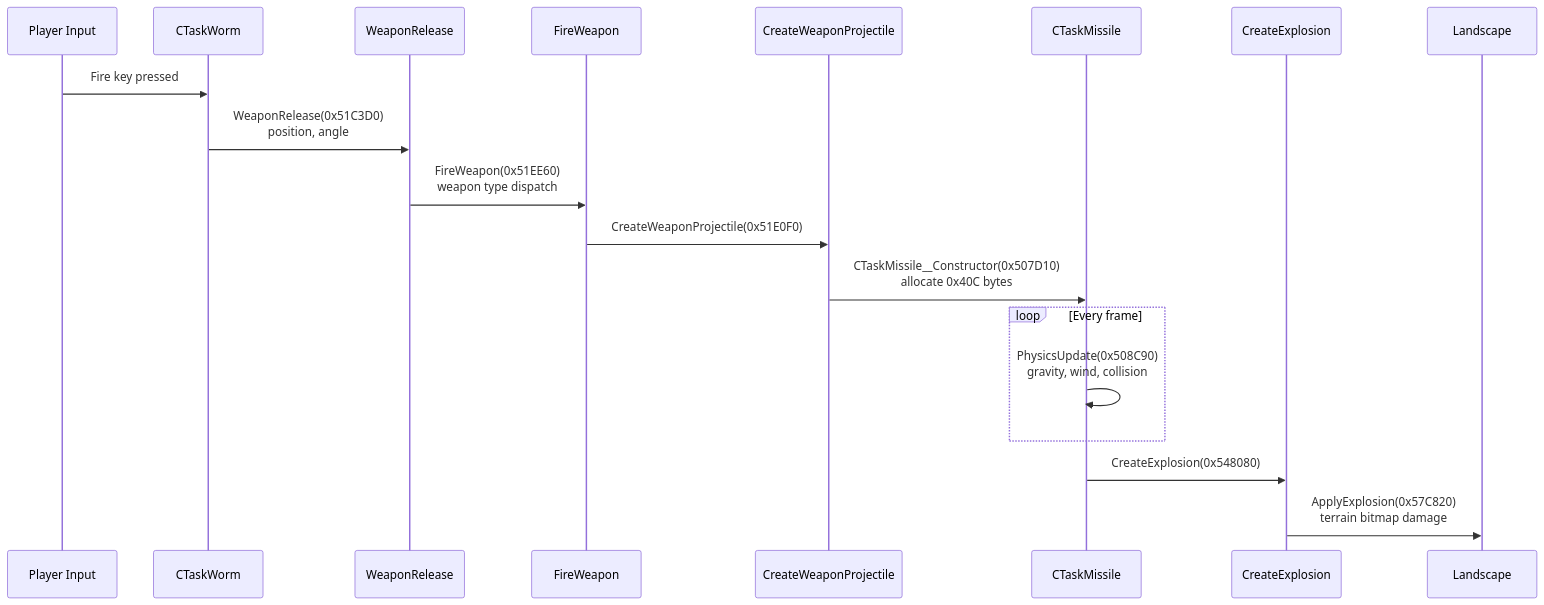
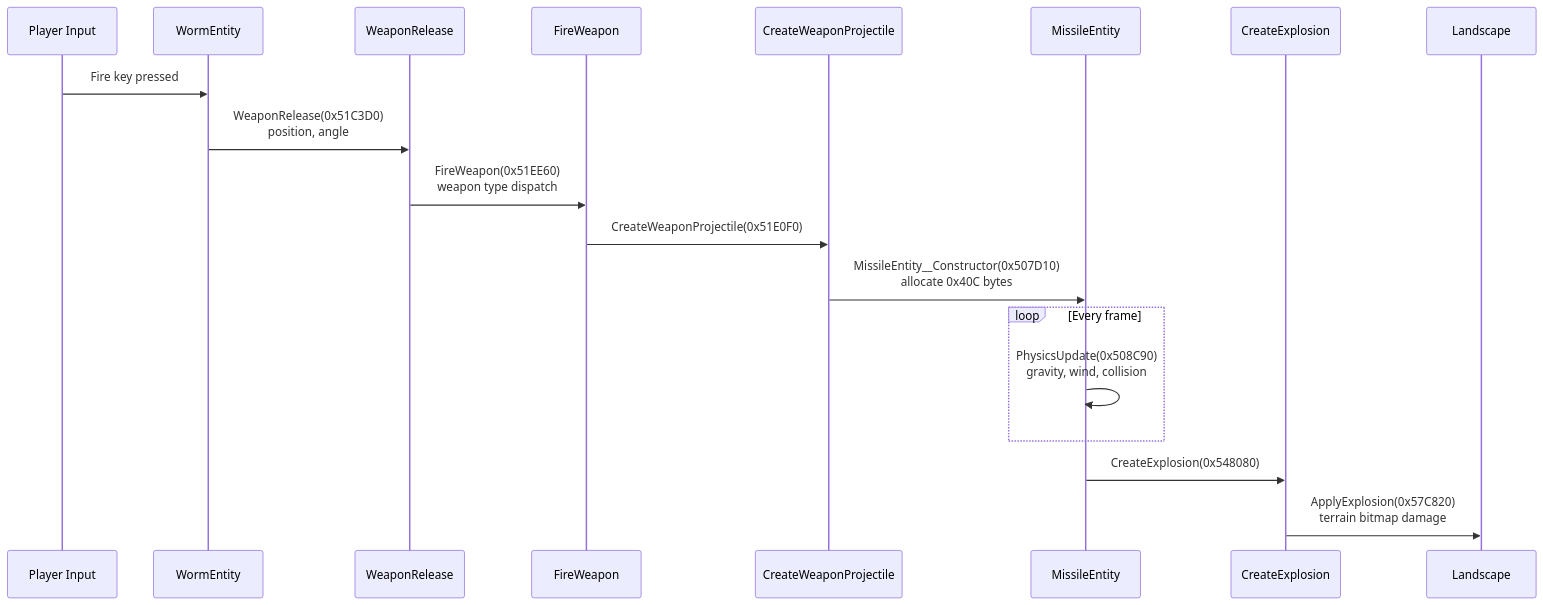
One commit to paavohuhtala/OpenWA changed the second of 2 diagrams in docs/re-notes/weapon-system.md. Above: the diagram before and after it, drawn with Mermaid. The commit also changed other lines of this file and 119 other files, not shown here.

````diff
--- a/docs/re-notes/weapon-system.md
+++ b/docs/re-notes/weapon-system.md
@@ -35,22 +35,22 @@
 ```mermaid
 sequenceDiagram
     participant P as Player Input
-    participant W as CTaskWorm
+    participant W as WormEntity
     participant FR as WeaponRelease
     participant FW as FireWeapon
     participant CW as CreateWeaponProjectile
-    participant M as CTaskMissile
+    participant M as MissileEntity
     participant E as CreateExplosion
     participant L as Landscape
 
     P->>W: Fire key pressed
     W->>FR: WeaponRelease(0x51C3D0)<br/>position, angle
     FR->>FW: FireWeapon(0x51EE60)<br/>weapon type dispatch
     FW->>CW: CreateWeaponProjectile(0x51E0F0)
-    CW->>M: CTaskMissile__Constructor(0x507D10)<br/>allocate 0x40C bytes
+    CW->>M: MissileEntity__Constructor(0x507D10)<br/>allocate 0x40C bytes
     loop Every frame
         M->>M: PhysicsUpdate(0x508C90)<br/>gravity, wind, collision
     end
     M->>E: CreateExplosion(0x548080)
     E->>L: ApplyExplosion(0x57C820)<br/>terrain bitmap damage
 ```
````
